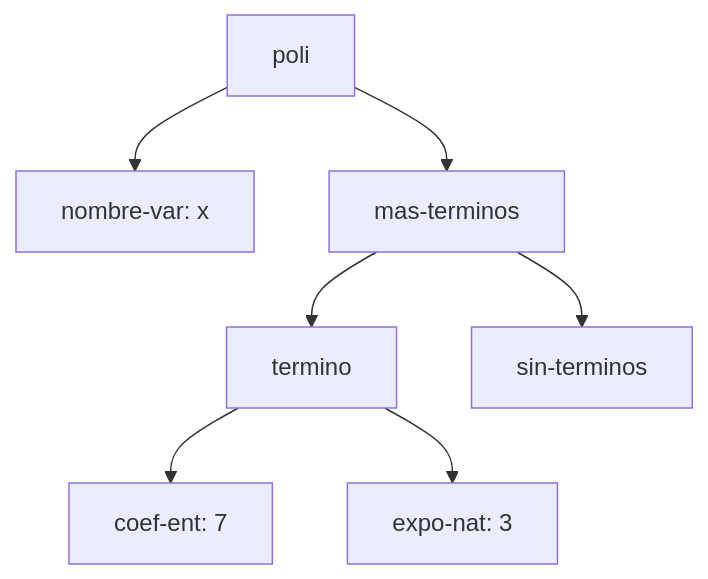
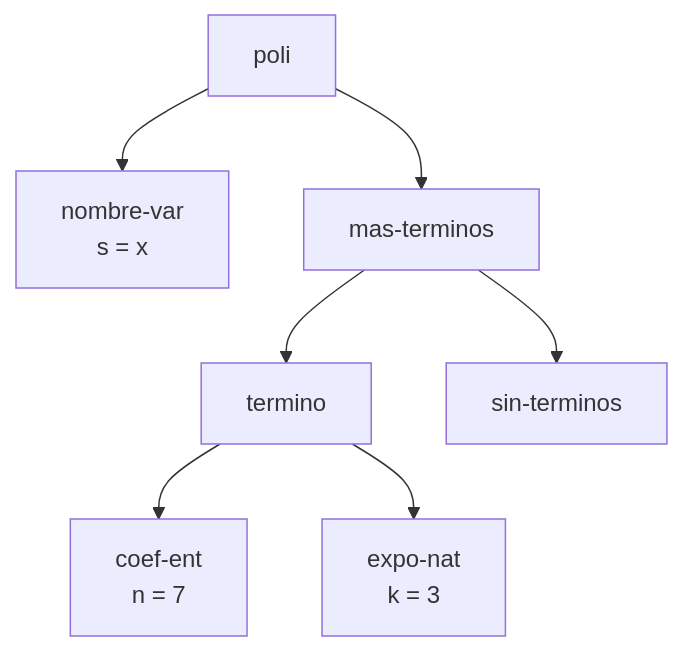
Before and after one commit to Nicolas-Cardona2/flp-2026-2-taller-01-polinomios-GrupoCK: the first of 4 diagrams in docs/informe-ast.md, drawn with Mermaid. The commit also changed other lines of this file, not shown here.

````diff
--- a/docs/informe-ast.md
+++ b/docs/informe-ast.md
@@ -93,10 +73,9 @@
 ```mermaid
 graph TD
-  A[poli]
-  A --> B[nombre-var: x]
-  A --> C[mas-terminos]
-  C --> D[termino]
-  D --> E[coef-ent: 7]
-  D --> F[expo-nat: 3]
-  C --> G[sin-terminos]
+    P1["poli"] --> V1["nombre-var<br/>s = x"]
+    P1 --> T1["mas-terminos"]
+    T1 --> TM1["termino"]
+    T1 --> ST1["sin-terminos"]
+    TM1 --> C1["coef-ent<br/>n = 7"]
+    TM1 --> E1["expo-nat<br/>k = 3"]
 ```
````
